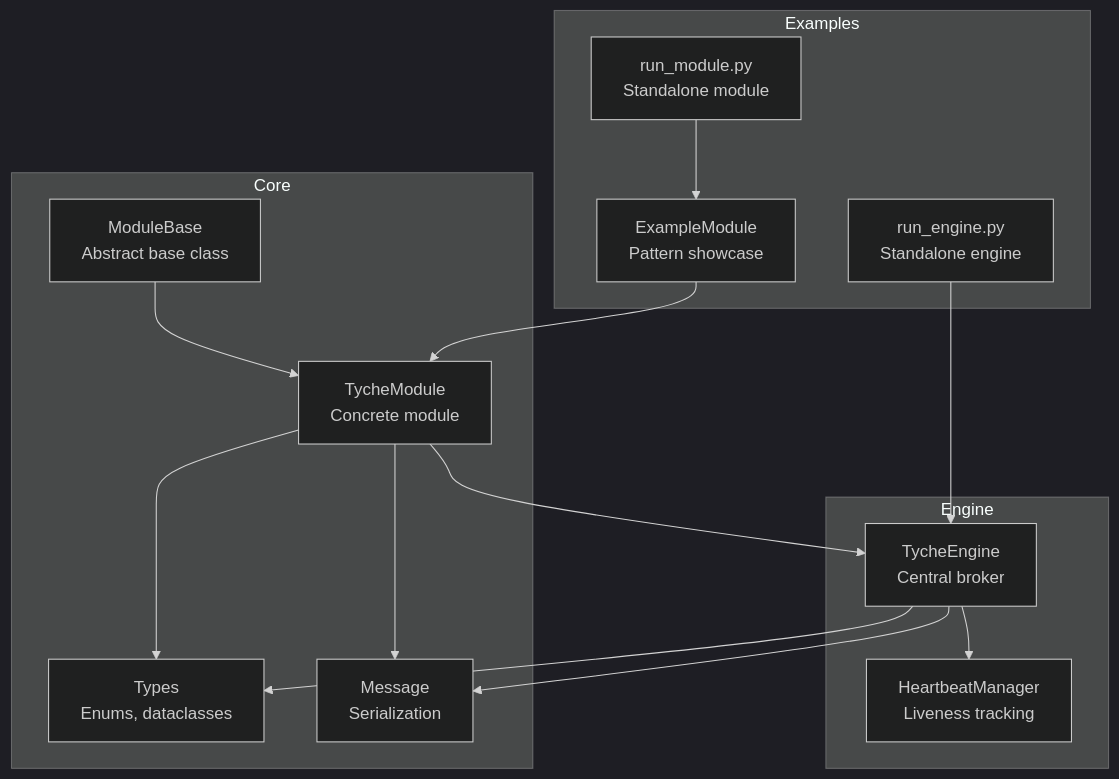
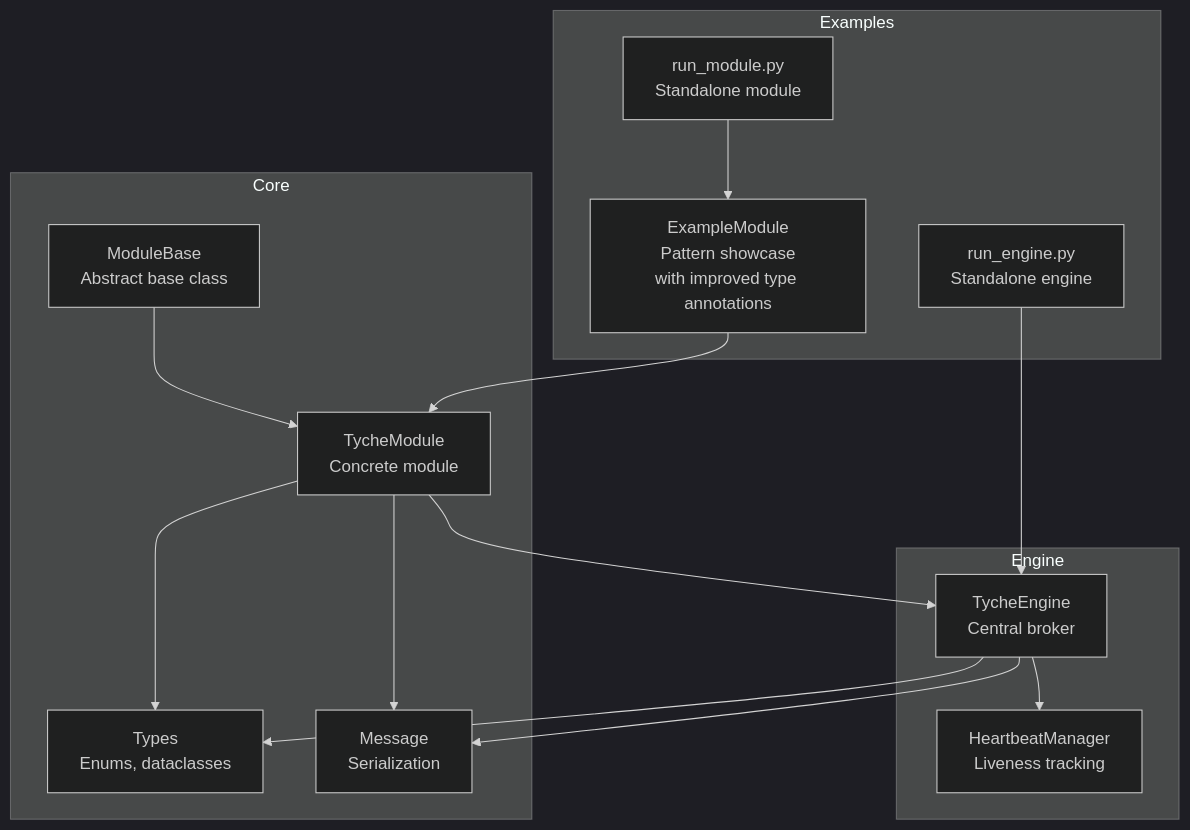
Before and after one commit to zt281/TycheEngine: the first of 9 diagrams in .qoder/repowiki/en/content/API Reference/TycheModule API.md, drawn with Mermaid (dark theme). The commit also changed other lines of this file and 5 other files, not shown here.

````diff
--- a/.qoder/repowiki/en/content/API Reference/TycheModule API.md
+++ b/.qoder/repowiki/en/content/API Reference/TycheModule API.md
@@ -42,28 +49,28 @@
 ```mermaid
 graph TB
 subgraph "Core"
 MB["ModuleBase<br/>Abstract base class"]
 TM["TycheModule<br/>Concrete module"]
 T["Types<br/>Enums, dataclasses"]
 M["Message<br/>Serialization"]
 end
 subgraph "Engine"
 E["TycheEngine<br/>Central broker"]
 HB["HeartbeatManager<br/>Liveness tracking"]
 end
 subgraph "Examples"
-EM["ExampleModule<br/>Pattern showcase"]
+EM["ExampleModule<br/>Pattern showcase<br/>with improved type annotations"]
 RM["run_module.py<br/>Standalone module"]
 RE["run_engine.py<br/>Standalone engine"]
 end
 MB --> TM
 TM --> E
 TM --> M
 TM --> T
 E --> M
 E --> T
 E --> HB
 EM --> TM
 RM --> EM
 RE --> E
 ```
````
